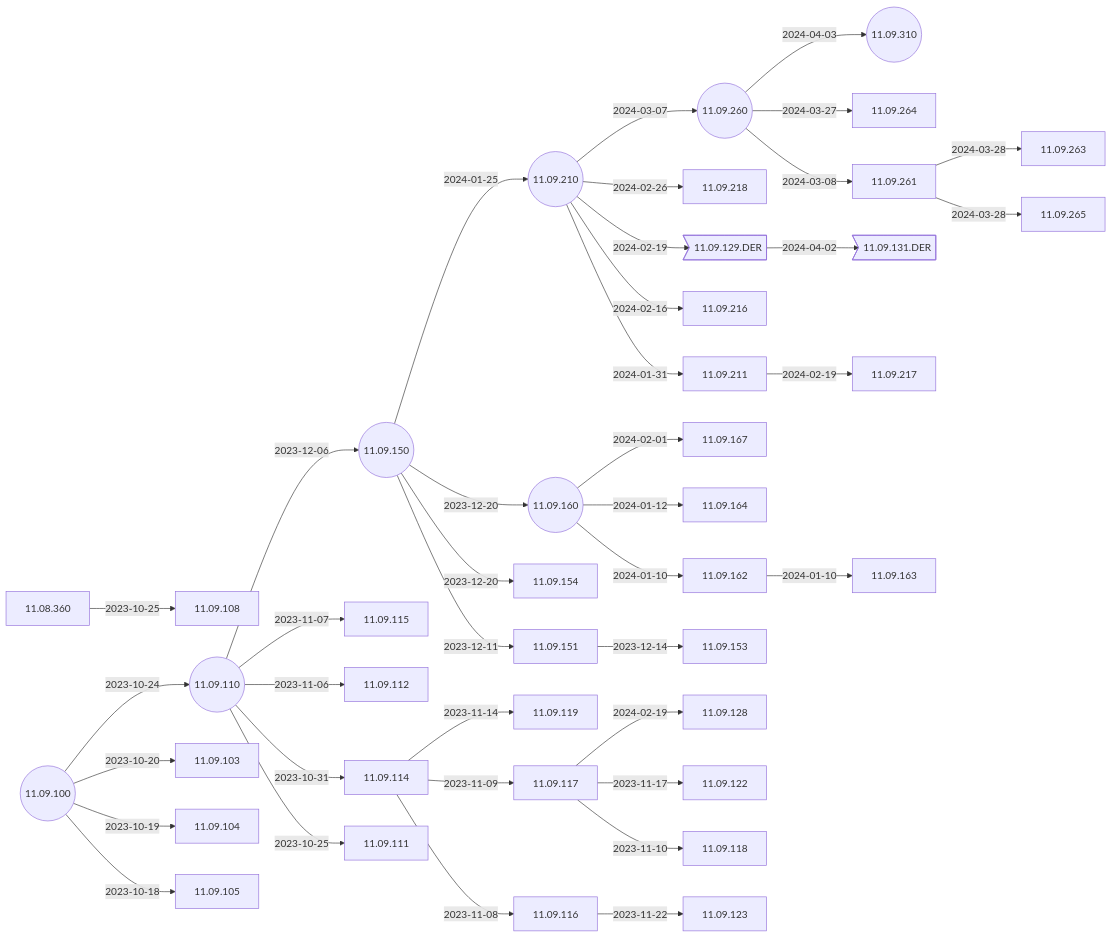
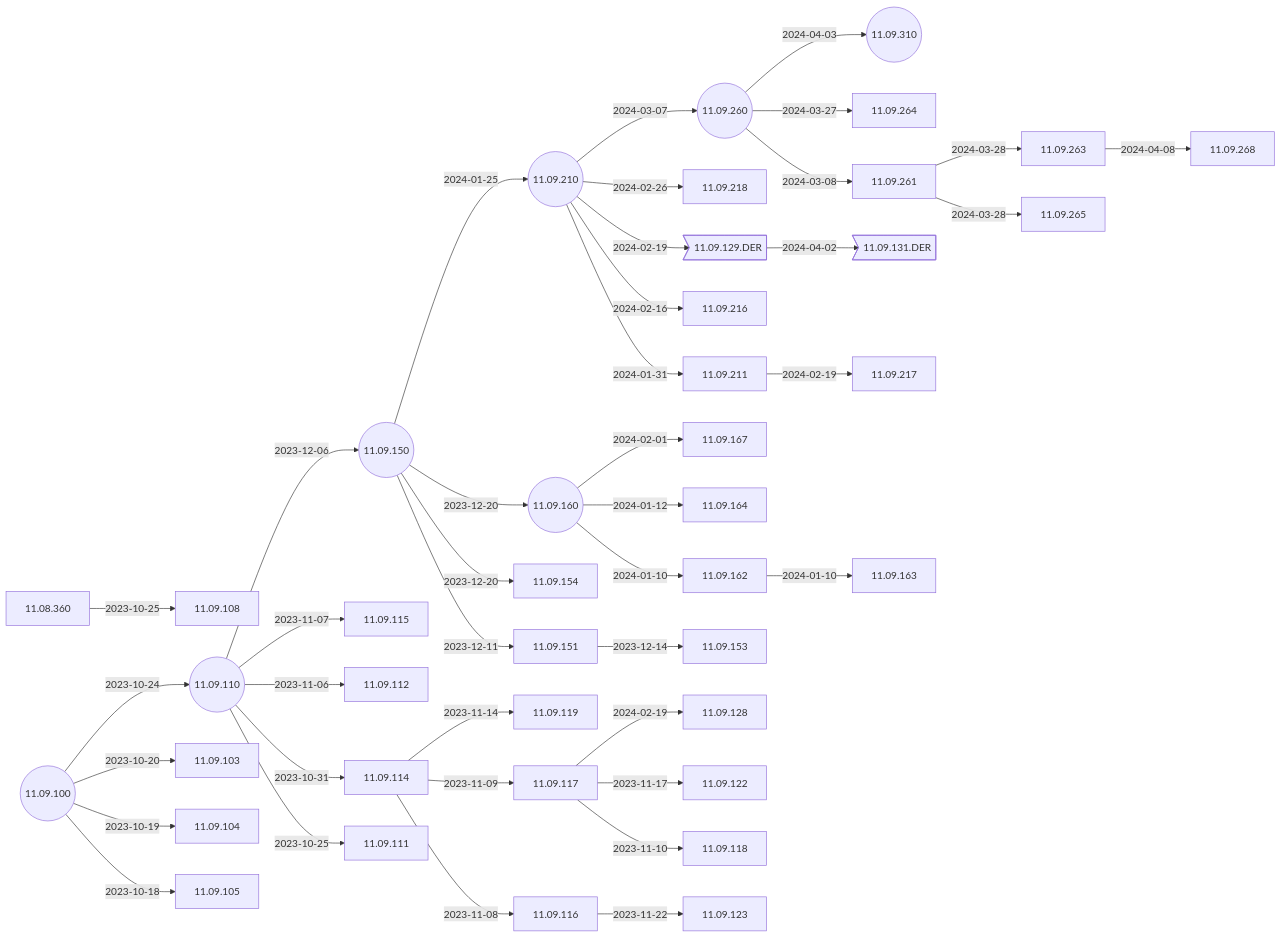
Before and after one commit to IGEL-Community/IGEL-Docs-v02: the second of 5 diagrams in docs/Docs/ReleaseNotes/01-OS11/README.md, drawn with Mermaid. The commit also changed 2 other files, not shown here.

Commit message:
11.09.268 < 11.09.263

````diff
--- a/docs/Docs/ReleaseNotes/01-OS11/README.md
+++ b/docs/Docs/ReleaseNotes/01-OS11/README.md
@@ -41,5 +41,6 @@
 ```mermaid
 flowchart LR
+    11.09.263-- 2024-04-08 -->11.09.268
     11.09.260-- 2024-04-03 -->11.09.310((11.09.310))
     11.09.129.DER-- 2024-04-02 -->11.09.131.DER>11.09.131.DER]
     11.09.261-- 2024-03-28 -->11.09.263
@@ -79,6 +80,7 @@
     11.09.100-- 2023-10-19 -->11.09.104
     11.09.100-- 2023-10-18 -->11.09.105
     11.09.100((11.09.100))
+    click 11.09.268 "https://github.com/IGEL-Community/IGEL-Docs-v02/tree/main/docs/Docs/ReleaseNotes/01-OS11/readme11.09.268.txt" _blank
     click 11.09.310 "https://github.com/IGEL-Community/IGEL-Docs-v02/tree/main/docs/Docs/ReleaseNotes/01-OS11/readme11.09.310.txt" _blank
     click 11.09.131.DER "https://github.com/IGEL-Community/IGEL-Docs-v02/tree/main/docs/Docs/ReleaseNotes/01-OS11/readme11.09.131.DER.txt" _blank
     click 11.09.263 "https://github.com/IGEL-Community/IGEL-Docs-v02/tree/main/docs/Docs/ReleaseNotes/01-OS11/readme11.09.263.txt" _blank
````
